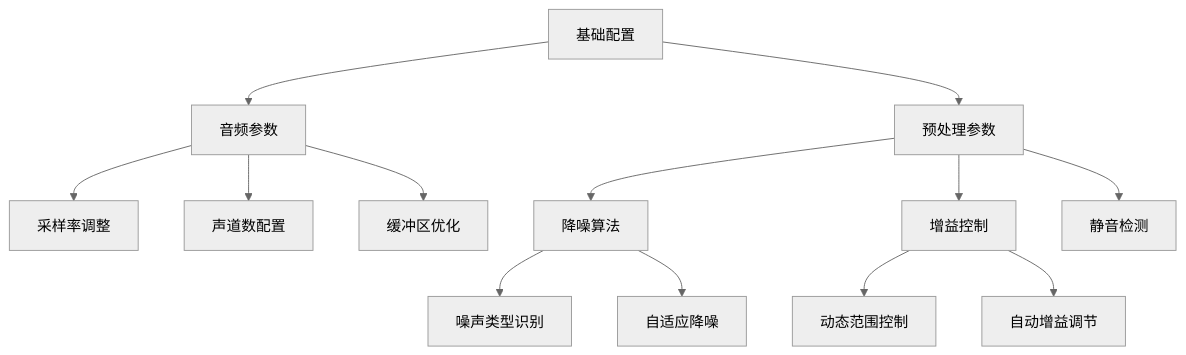
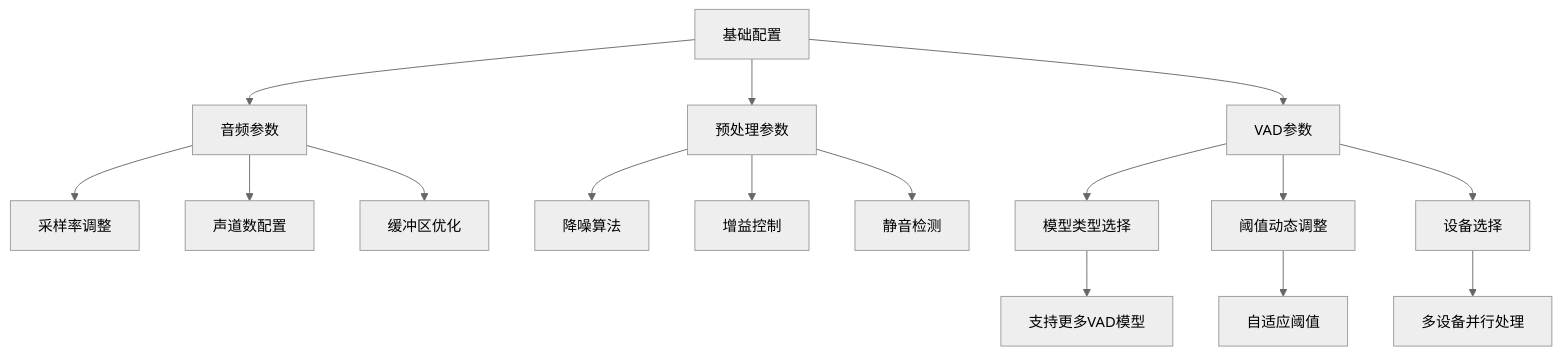
Before and after one commit to cir9no/VRChatSocialAssistant: the fifth of 6 diagrams in .qoder/repowiki/zh/content/配置管理.md, drawn with Mermaid (neutral theme). The commit also changed other lines of this file and 9 other files, not shown here.

````diff
--- a/.qoder/repowiki/zh/content/配置管理.md
+++ b/.qoder/repowiki/zh/content/配置管理.md
@@ -336,15 +553,18 @@
 ```mermaid
 graph TD
 A[基础配置] --> B[音频参数]
 A --> C[预处理参数]
-B --> D[采样率调整]
-B --> E[声道数配置]
-B --> F[缓冲区优化]
-C --> G[降噪算法]
-C --> H[增益控制]
-C --> I[静音检测]
-G --> J[噪声类型识别]
-G --> K[自适应降噪]
-H --> L[动态范围控制]
-H --> M[自动增益调节]
+A --> D[VAD参数]
+B --> D1[采样率调整]
+B --> D2[声道数配置]
+B --> D3[缓冲区优化]
+C --> E1[降噪算法]
+C --> E2[增益控制]
+C --> E3[静音检测]
+D --> F1[模型类型选择]
+D --> F2[阈值动态调整]
+D --> F3[设备选择]
+F1 --> G1[支持更多VAD模型]
+F2 --> G2[自适应阈值]
+F3 --> G3[多设备并行处理]
 ```
````
